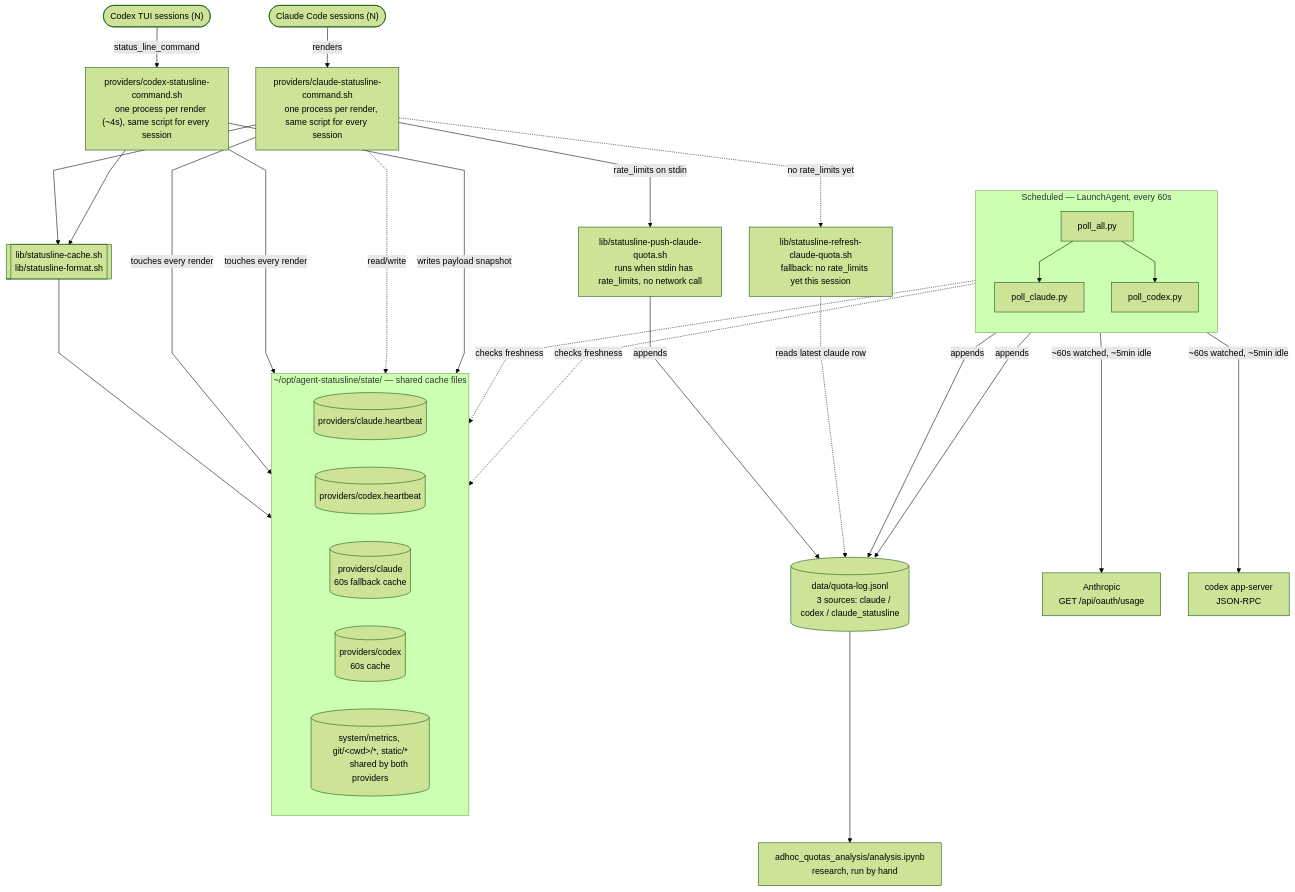
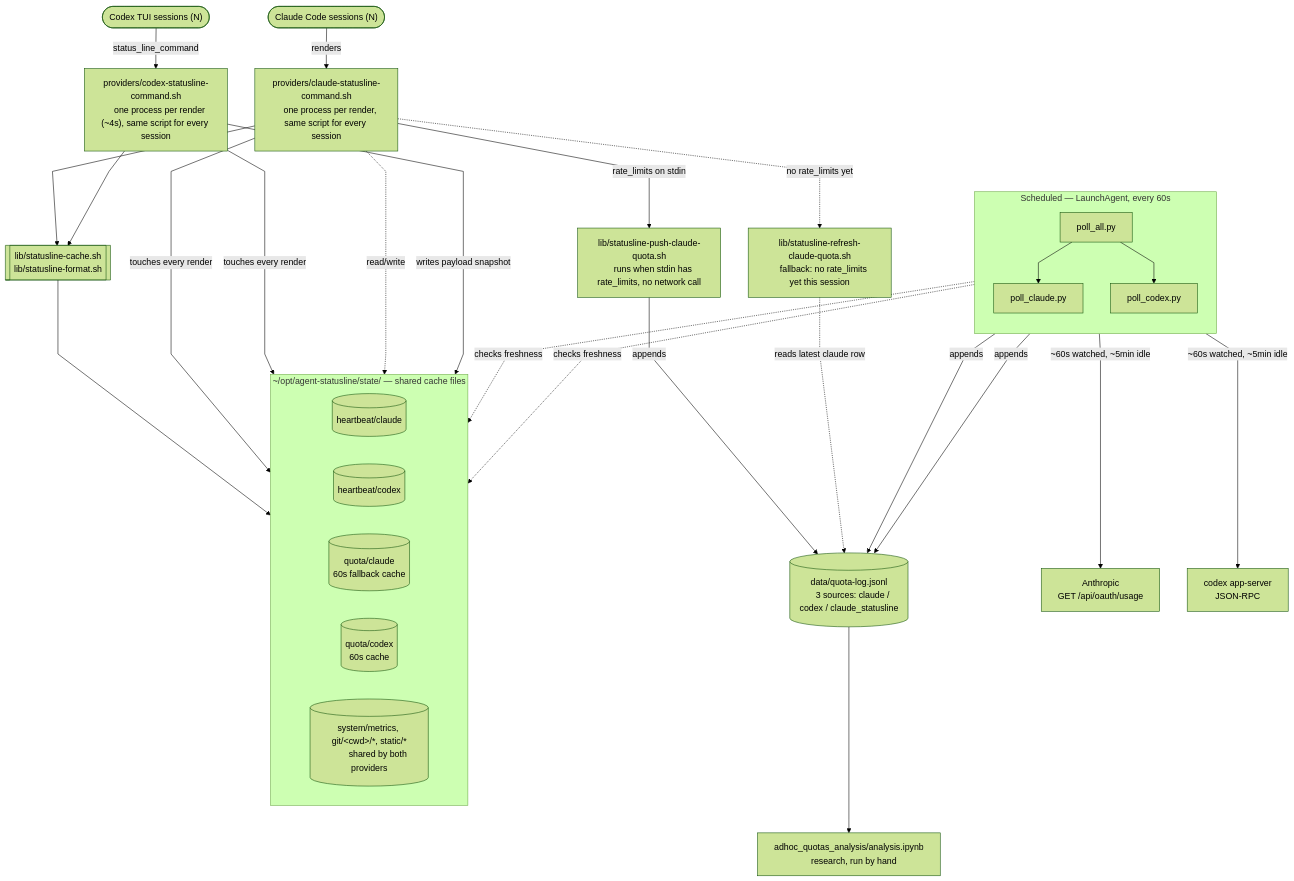
The diagram in README.md (JeanLescutMuller/agent-statusline), drawn with Mermaid (forest theme) before and after one commit. The commit also changed other lines of this file and 9 other files, not shown here.

First line of the commit message:
Split state/providers/ into state/heartbeat/ and state/quota/

````diff
--- a/README.md
+++ b/README.md
@@ -51,77 +51,77 @@
 ```mermaid
 %%{init: {"flowchart": {"curve": "linear"}}}%%
 flowchart TB
     claudeS(["Claude Code sessions (N)"])
     codexS(["Codex TUI sessions (N)"])
 
     provclaude["providers/claude-statusline-command.sh
     one process per render, same script for every session"]
     provcodex["providers/codex-statusline-command.sh
     one process per render (~4s), same script for every session"]
 
     sharedlib[["lib/statusline-cache.sh
     lib/statusline-format.sh"]]
 
     subgraph state["~/opt/agent-statusline/state/ — shared cache files"]
         direction LR
-        hbC[("providers/claude.heartbeat")]
-        hbX[("providers/codex.heartbeat")]
-        ccC[("providers/claude
+        hbC[("heartbeat/claude")]
+        hbX[("heartbeat/codex")]
+        ccC[("quota/claude
         60s fallback cache")]
-        ccX[("providers/codex
+        ccX[("quota/codex
         60s cache")]
         ccOther[("system/metrics, git/&lt;cwd&gt;/*, static/*
         shared by both providers")]
     end
 
     pushscript["lib/statusline-push-claude-quota.sh
     runs when stdin has rate_limits, no network call"]
     refreshscript["lib/statusline-refresh-claude-quota.sh
     fallback: no rate_limits yet this session"]
 
     sharedlog[("data/quota-log.jsonl
     3 sources: claude / codex / claude_statusline")]
 
     subgraph pollers["Scheduled — LaunchAgent, every 60s"]
         direction TB
         pollall["poll_all.py"]
         pollclaude["poll_claude.py"]
         pollcodex["poll_codex.py"]
     end
 
     anthropicusage["Anthropic
     GET /api/oauth/usage"]
     codexrpc["codex app-server
     JSON-RPC"]
     notebook["adhoc_quotas_analysis/analysis.ipynb
     research, run by hand"]
 
     claudeS -->|renders| provclaude
     codexS -->|"status_line_command"| provcodex
 
     provclaude --> sharedlib
     provcodex --> sharedlib
     sharedlib --> ccOther
 
     provclaude -->|touches every render| hbC
     provcodex -->|touches every render| hbX
 
     provclaude -->|"rate_limits on stdin"| pushscript
     pushscript -->|appends| sharedlog
     provclaude -.->|"no rate_limits yet"| refreshscript
     refreshscript -.->|reads latest claude row| sharedlog
     provclaude -.->|read/write| ccC
 
     provcodex -->|writes payload snapshot| ccX
 
     pollall --> pollclaude
     pollall --> pollcodex
     pollclaude -.->|checks freshness| hbC
     pollclaude -->|"~60s watched, ~5min idle"| anthropicusage
     pollclaude -->|appends| sharedlog
     pollcodex -.->|checks freshness| hbX
     pollcodex -->|"~60s watched, ~5min idle"| codexrpc
     pollcodex -->|appends| sharedlog
 
     sharedlog --> notebook
 ```
````
